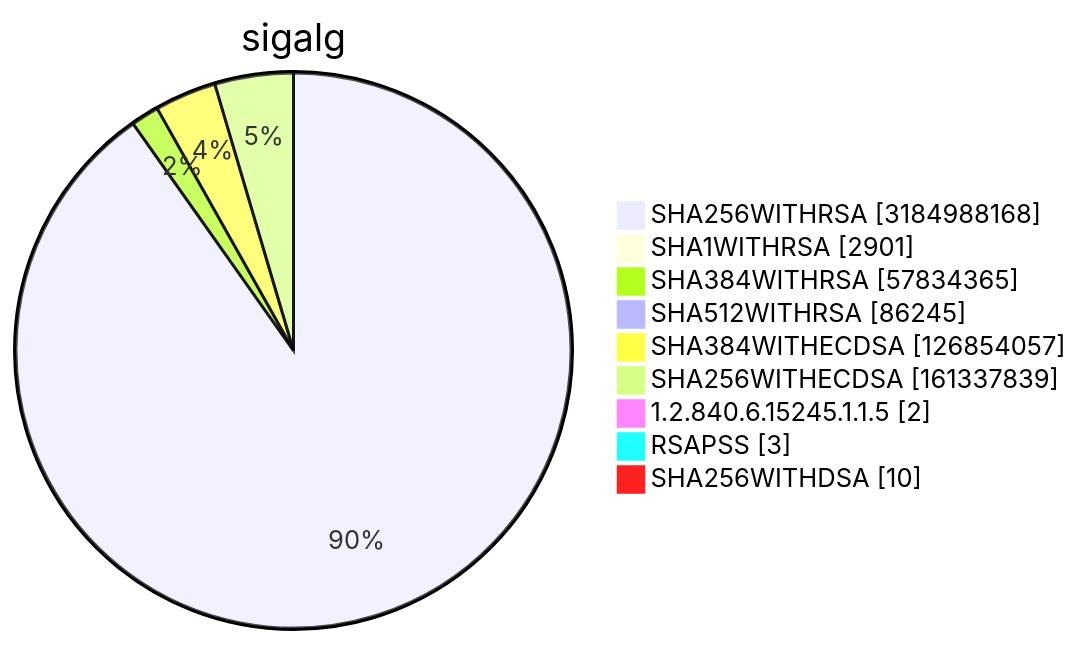
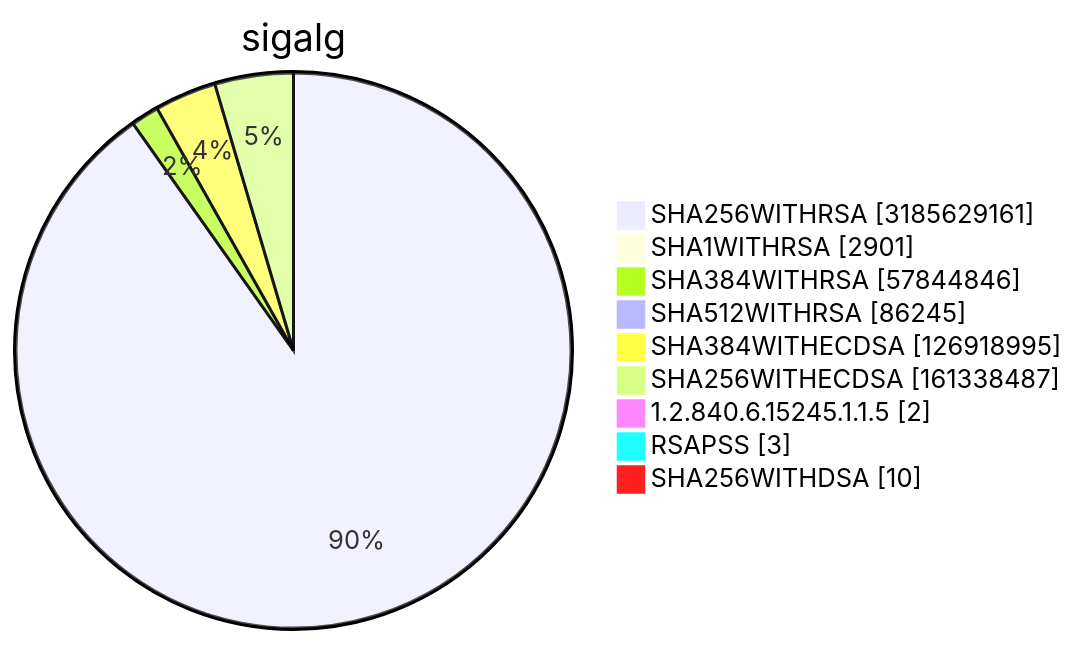
Before and after one commit to christiankrug/ctmonitor_visualization: diagram 15 of 15 in TOTAL/README.md, drawn with Mermaid. The commit also changed other lines of this file, not shown here.

````diff
--- a/TOTAL/README.md
+++ b/TOTAL/README.md
@@ -6216,13 +6216,13 @@
 ```mermaid
 pie showData
 title sigalg
-"SHA256WITHRSA" :3184988168
+"SHA256WITHRSA" :3185629161
 "SHA1WITHRSA" :2901
-"SHA384WITHRSA" :57834365
+"SHA384WITHRSA" :57844846
 "SHA512WITHRSA" :86245
-"SHA384WITHECDSA" :126854057
-"SHA256WITHECDSA" :161337839
+"SHA384WITHECDSA" :126918995
+"SHA256WITHECDSA" :161338487
 "1.2.840.6.15245.1.1.5" :2
 "RSAPSS" :3
 "SHA256WITHDSA" :10
 ```
````
